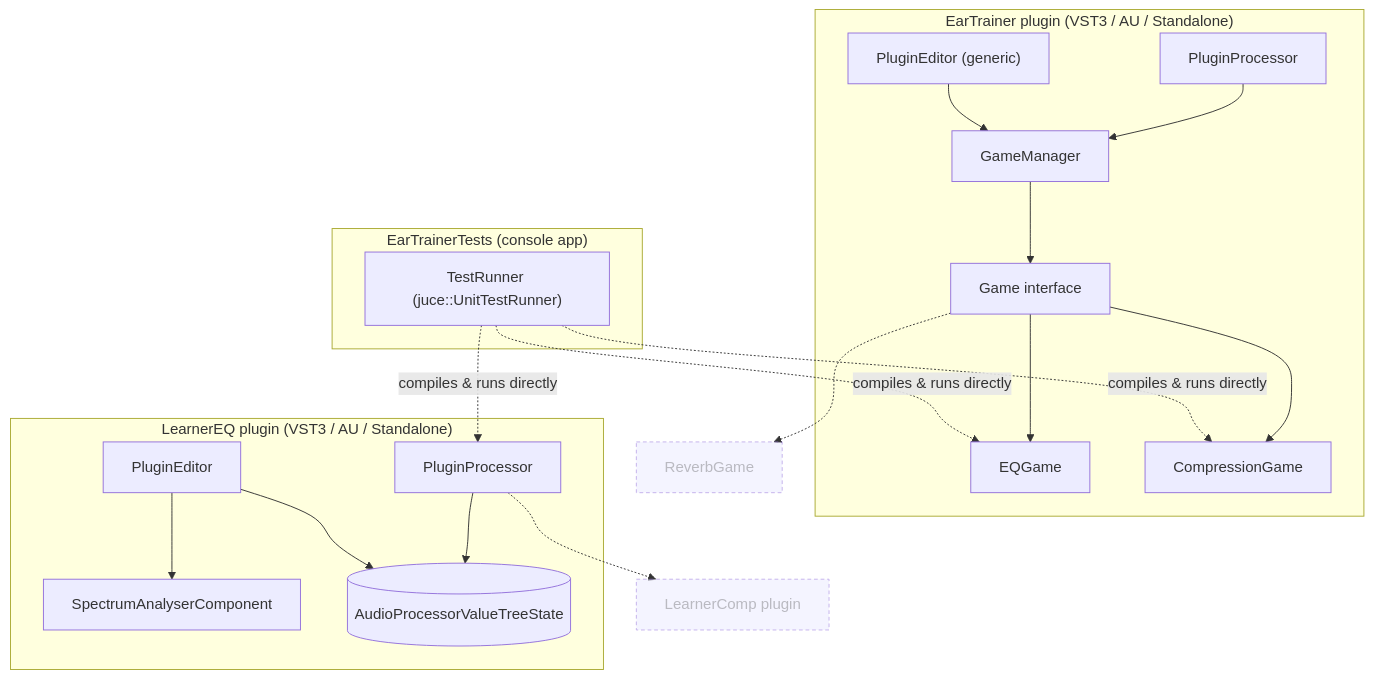
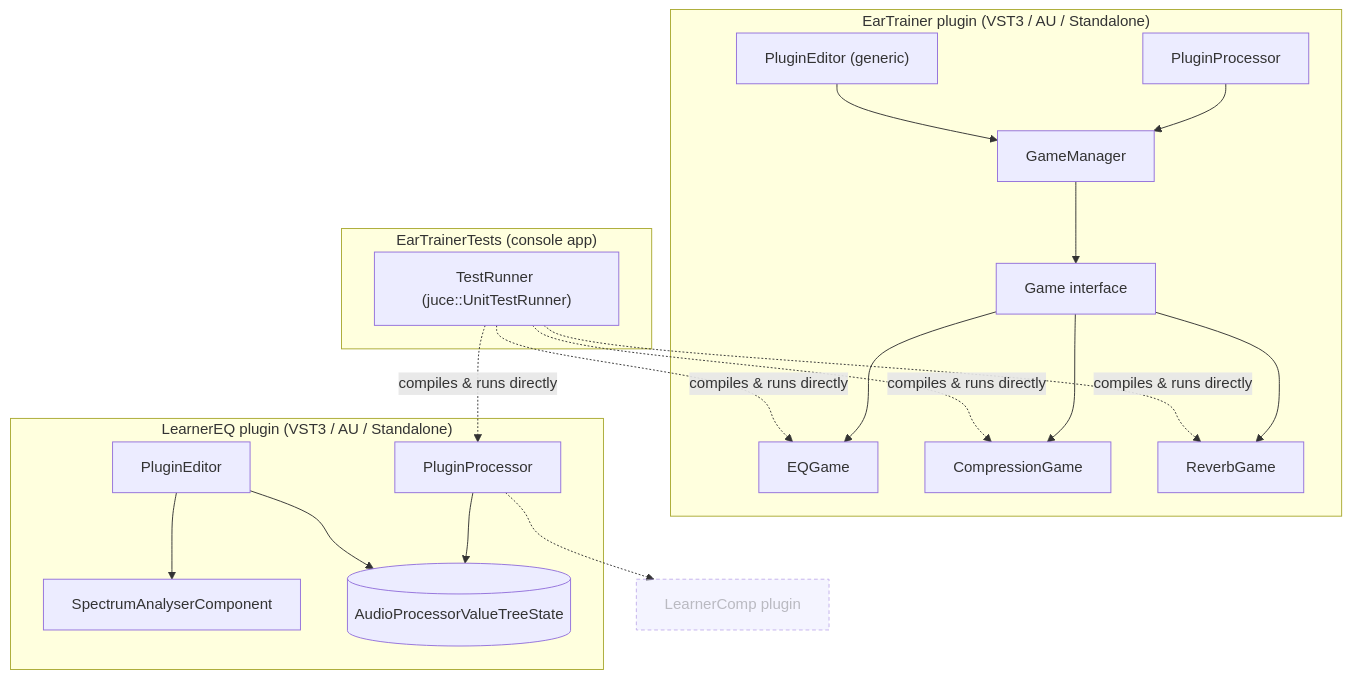
The diagram in README.md (bogggare567/abcTrain), drawn with Mermaid before and after one commit. The commit also changed other lines of this file and 12 other files, not shown here.

First line of the commit message:
Add CI workflow and ReverbGame (third ear-training exercise)

````diff
--- a/README.md
+++ b/README.md
@@ -23,44 +25,45 @@
 ```mermaid
 flowchart TB
     subgraph EarTrainer["EarTrainer plugin (VST3 / AU / Standalone)"]
         ETProc["PluginProcessor"]
         ETEdit["PluginEditor (generic)"]
         GM["GameManager"]
         GameIface["Game interface"]
         EQGame["EQGame"]
         CompGame["CompressionGame"]
+        RevGame["ReverbGame"]
 
         ETProc --> GM
         ETEdit --> GM
         GM --> GameIface
         GameIface --> EQGame
         GameIface --> CompGame
+        GameIface --> RevGame
     end
 
     subgraph LearnerEQ["LearnerEQ plugin (VST3 / AU / Standalone)"]
         LEProc["PluginProcessor"]
         LEEdit["PluginEditor"]
         Spectrum["SpectrumAnalyserComponent"]
         APVTS[("AudioProcessorValueTreeState")]
 
         LEProc --> APVTS
         LEEdit --> APVTS
         LEEdit --> Spectrum
     end
 
     subgraph Tests["EarTrainerTests (console app)"]
         Runner["TestRunner (juce::UnitTestRunner)"]
     end
 
-    ReverbGame["ReverbGame"]
     LearnerComp["LearnerComp plugin"]
 
     Runner -. "compiles & runs directly" .-> EQGame
     Runner -. "compiles & runs directly" .-> CompGame
+    Runner -. "compiles & runs directly" .-> RevGame
     Runner -. "compiles & runs directly" .-> LEProc
-    GameIface -.-> ReverbGame
     LEProc -.-> LearnerComp
 
     classDef planned stroke-dasharray:4 3,opacity:0.55;
-    class ReverbGame,LearnerComp planned;
+    class LearnerComp planned;
 ```
````
